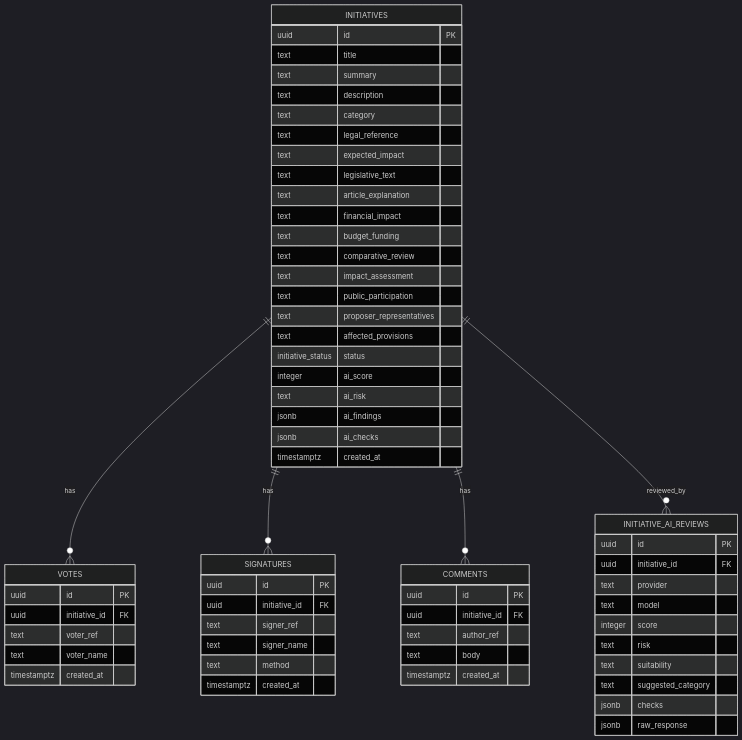
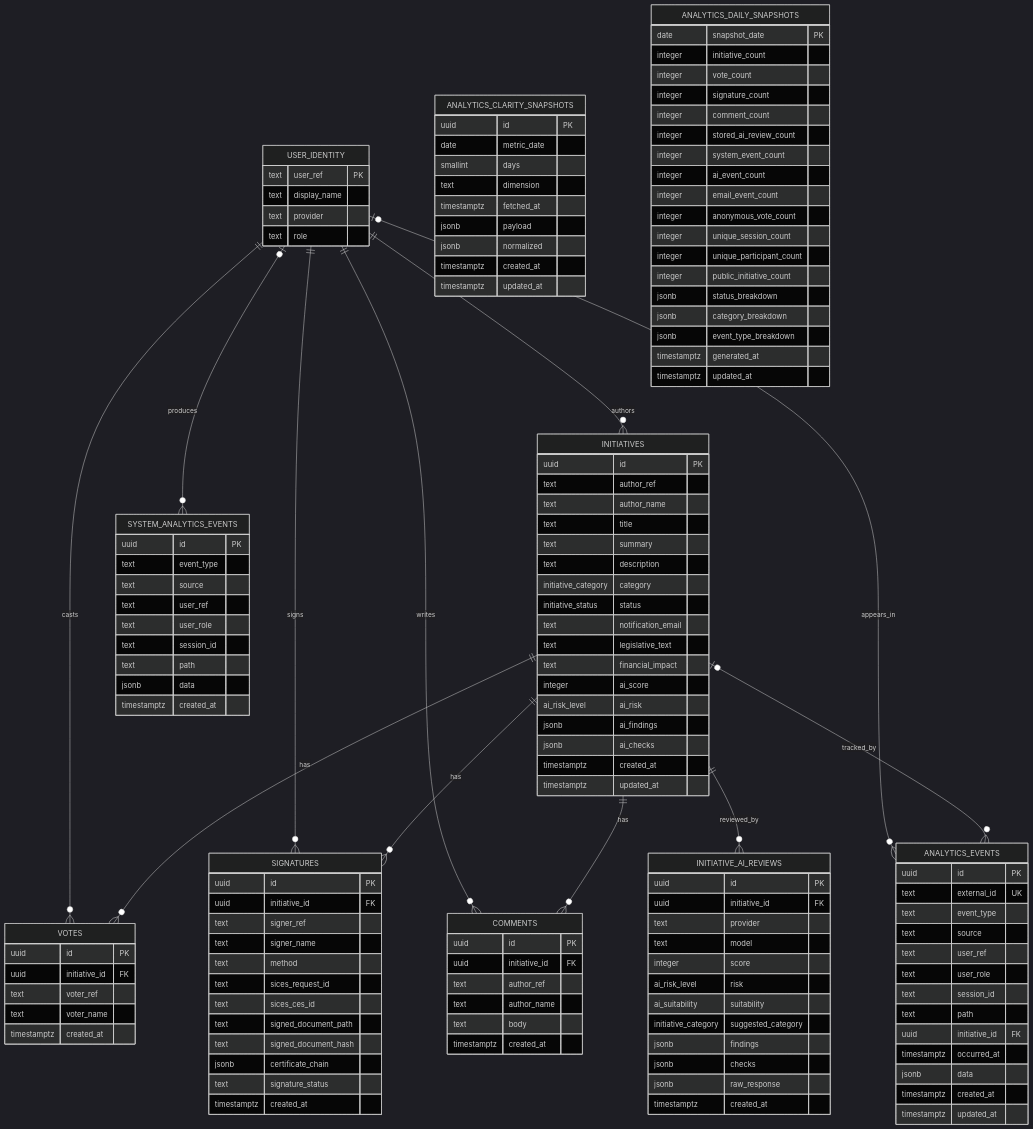
Before and after one commit to grisini/Demos: the fifth of 6 diagrams in oddaja_dokumentacija_2026-06-03/docs/diagrams.md, drawn with Mermaid (dark theme). The commit also changed other lines of this file and 8 other files, not shown here.

````diff
--- a/oddaja_dokumentacija_2026-06-03/docs/diagrams.md
+++ b/oddaja_dokumentacija_2026-06-03/docs/diagrams.md
@@ -150,33 +206,43 @@
 ```mermaid
 erDiagram
+  %% USER_IDENTITY je konceptualni identifikator uporabnika, ne fizicna Supabase tabela.
+  USER_IDENTITY ||--o{ INITIATIVES : authors
+  USER_IDENTITY ||--o{ VOTES : casts
+  USER_IDENTITY ||--o{ SIGNATURES : signs
+  USER_IDENTITY ||--o{ COMMENTS : writes
+  USER_IDENTITY o|--o{ SYSTEM_ANALYTICS_EVENTS : produces
+  USER_IDENTITY o|--o{ ANALYTICS_EVENTS : appears_in
   INITIATIVES ||--o{ VOTES : has
   INITIATIVES ||--o{ SIGNATURES : has
   INITIATIVES ||--o{ COMMENTS : has
   INITIATIVES ||--o{ INITIATIVE_AI_REVIEWS : reviewed_by
+  INITIATIVES o|--o{ ANALYTICS_EVENTS : tracked_by
+
+  USER_IDENTITY {
+    text user_ref PK
+    text display_name
+    text provider
+    text role
+  }
 
   INITIATIVES {
     uuid id PK
+    text author_ref
+    text author_name
     text title
     text summary
     text description
-    text category
-    text legal_reference
-    text expected_impact
+    initiative_category category
+    initiative_status status
+    text notification_email
     text legislative_text
-    text article_explanation
     text financial_impact
-    text budget_funding
-    text comparative_review
-    text impact_assessment
-    text public_participation
-    text proposer_representatives
-    text affected_provisions
-    initiative_status status
     integer ai_score
-    text ai_risk
+    ai_risk_level ai_risk
     jsonb ai_findings
     jsonb ai_checks
     timestamptz created_at
+    timestamptz updated_at
   }
 
   VOTES {
@@ -193,6 +259,12 @@
     text signer_ref
     text signer_name
     text method
+    text sices_request_id
+    text sices_ces_id
+    text signed_document_path
+    text signed_document_hash
+    jsonb certificate_chain
+    text signature_status
     timestamptz created_at
   }
 
@@ -200,6 +272,7 @@
     uuid id PK
     uuid initiative_id FK
     text author_ref
+    text author_name
     text body
     timestamptz created_at
   }
@@ -210,10 +283,73 @@
     text provider
     text model
     integer score
-    text risk
-    text suitability
-    text suggested_category
+    ai_risk_level risk
+    ai_suitability suitability
+    initiative_category suggested_category
+    jsonb findings
     jsonb checks
     jsonb raw_response
+    timestamptz created_at
+  }
+
+  SYSTEM_ANALYTICS_EVENTS {
+    uuid id PK
+    text event_type
+    text source
+    text user_ref
+    text user_role
+    text session_id
+    text path
+    jsonb data
+    timestamptz created_at
+  }
+
+  ANALYTICS_EVENTS {
+    uuid id PK
+    text external_id UK
+    text event_type
+    text source
+    text user_ref
+    text user_role
+    text session_id
+    text path
+    uuid initiative_id FK
+    timestamptz occurred_at
+    jsonb data
+    timestamptz created_at
+    timestamptz updated_at
+  }
+
+  ANALYTICS_CLARITY_SNAPSHOTS {
+    uuid id PK
+    date metric_date
+    smallint days
+    text dimension
+    timestamptz fetched_at
+    jsonb payload
+    jsonb normalized
+    timestamptz created_at
+    timestamptz updated_at
+  }
+
+  ANALYTICS_DAILY_SNAPSHOTS {
+    date snapshot_date PK
+    integer initiative_count
+    integer vote_count
+    integer signature_count
+    integer comment_count
+    integer stored_ai_review_count
+    integer system_event_count
+    integer ai_event_count
+    integer email_event_count
+    integer anonymous_vote_count
+    integer unique_session_count
+    integer unique_participant_count
+    integer public_initiative_count
+    jsonb status_breakdown
+    jsonb category_breakdown
+    jsonb event_type_breakdown
+    timestamptz generated_at
+    timestamptz updated_at
   }
 ```
````
